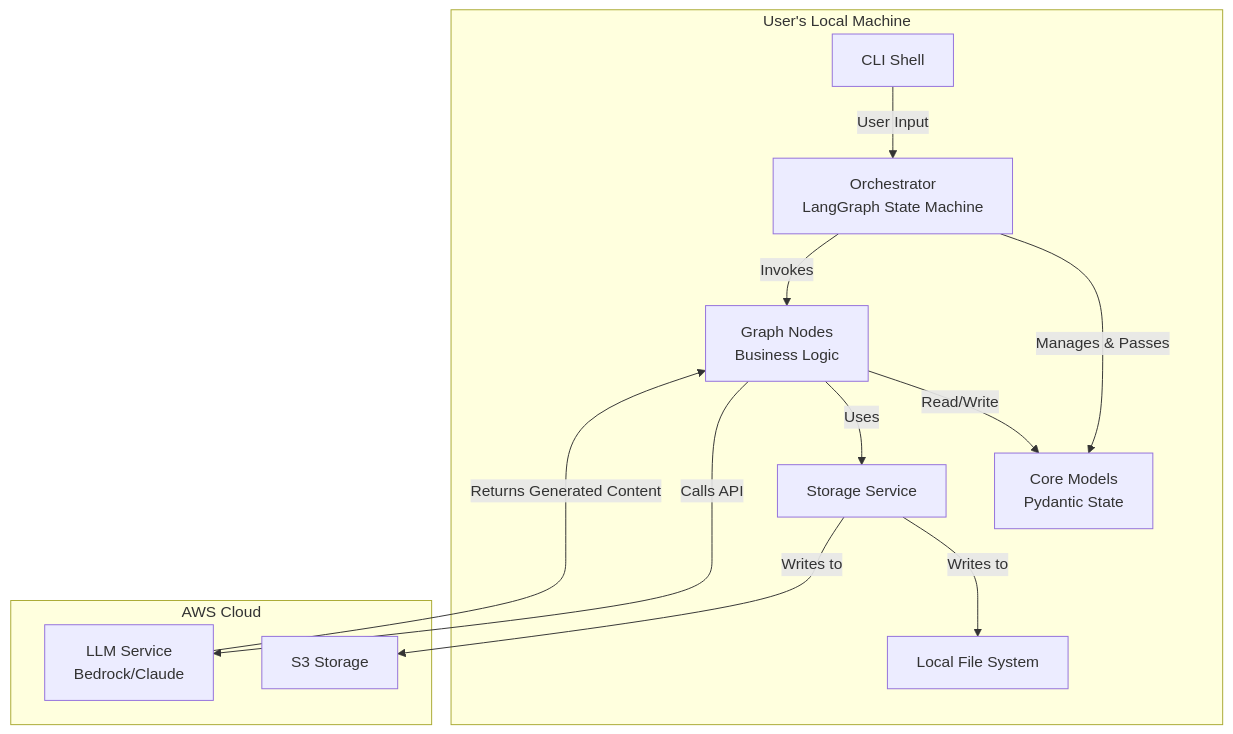
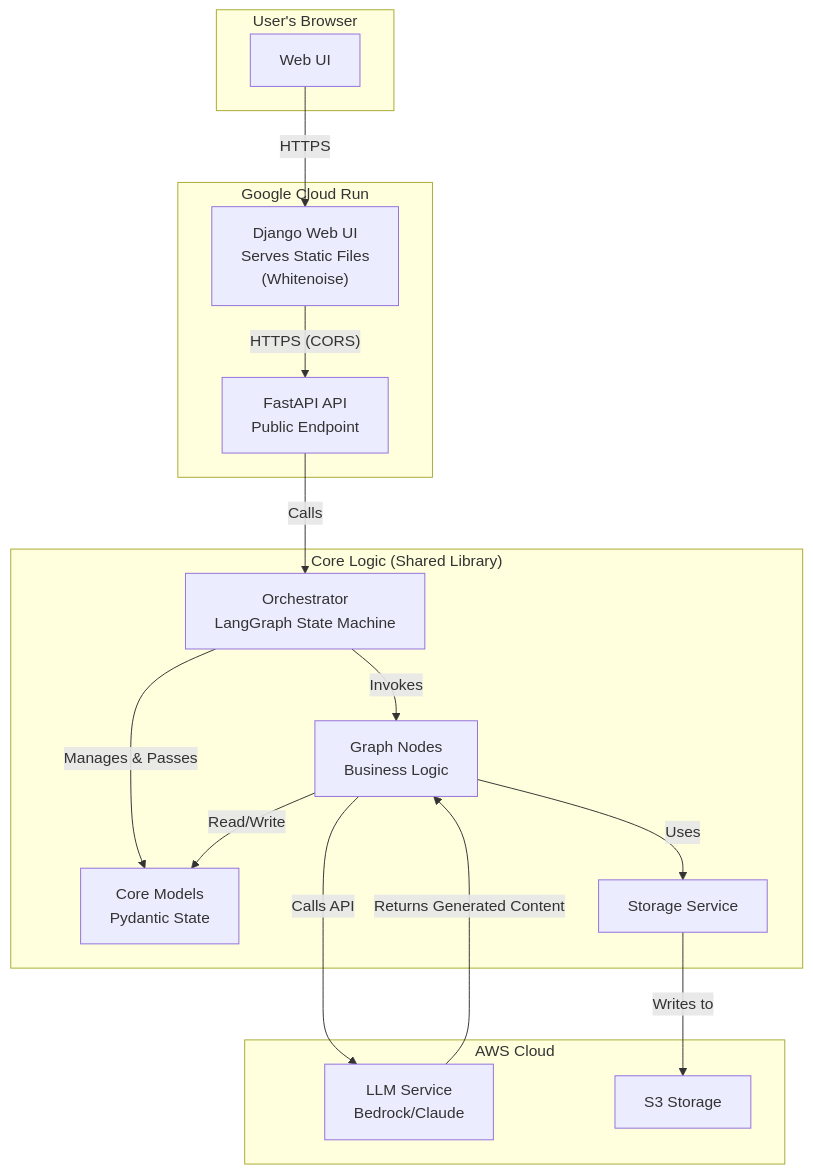
Before and after one commit to RayKMAllen/eassistant: the first of 2 diagrams in docs/Architectural_Plan.md, drawn with Mermaid. The commit also changed other lines of this file and 3 other files, not shown here.

````diff
--- a/docs/Architectural_Plan.md
+++ b/docs/Architectural_Plan.md
@@ -9,29 +9,39 @@
 ```mermaid
 graph TD
-    subgraph "User's Local Machine"
-        UI[CLI Shell]
+    subgraph "User's Browser"
+        WebApp[Web UI]
+    end
+
+    subgraph "Google Cloud Run"
+        DjangoUI["Django Web UI<br>Serves Static Files<br>(Whitenoise)"]
+        FastAPIAPI["FastAPI API<br>Public Endpoint"]
+    end
+
+    subgraph "Core Logic (Shared Library)"
         Orchestrator["Orchestrator<br>LangGraph State Machine"]
         Models["Core Models<br>Pydantic State"]
         Nodes["Graph Nodes<br>Business Logic"]
         StorageService[Storage Service]
-        FS[Local File System]
     end
 
     subgraph "AWS Cloud"
         LLM["LLM Service<br>Bedrock/Claude"]
         S3[S3 Storage]
     end
 
-    %% --- Local Interactions ---
-    UI -- User Input --> Orchestrator
+    %% --- User & Service Interactions ---
+    WebApp -- HTTPS --> DjangoUI
+    DjangoUI -- HTTPS (CORS) --> FastAPIAPI
+    FastAPIAPI -- Calls --> Orchestrator
+
+    %% --- Core Logic Interactions ---
     Orchestrator -- Manages & Passes --> Models
     Orchestrator -- Invokes --> Nodes
     Nodes -- Read/Write --> Models
     Nodes -- Uses --> StorageService
-    StorageService -- Writes to --> FS
 
     %% --- Cloud Interactions ---
     Nodes -- Calls API --> LLM
     LLM -- Returns Generated Content --> Nodes
     StorageService -- Writes to --> S3
 ```
````
